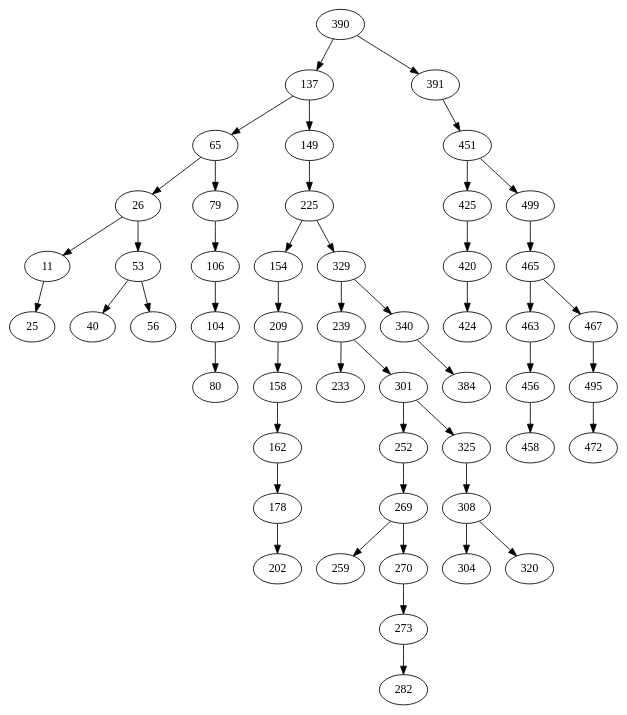
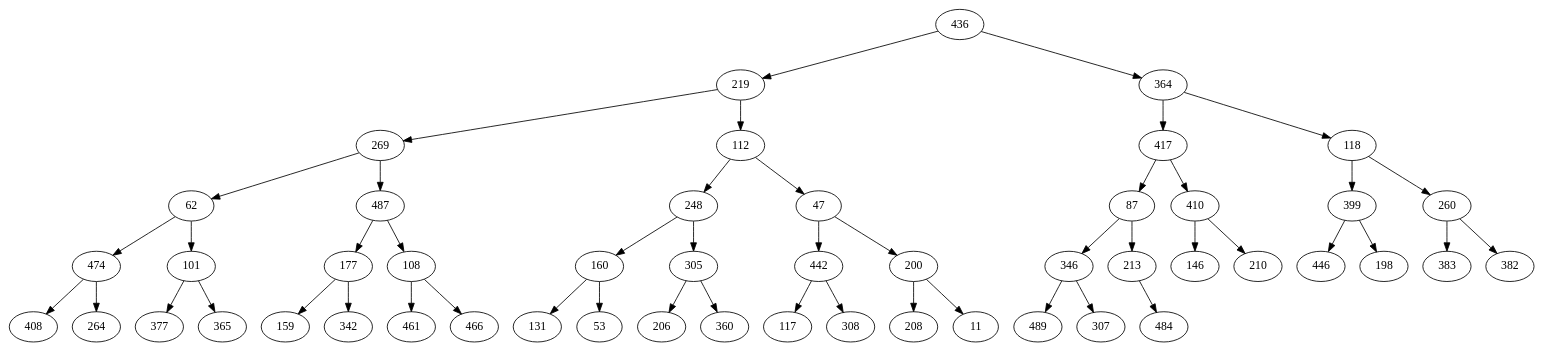
Before and after one commit to noahlzn/dm_perfc: the diagram in arbre.dot, drawn with Graphviz. The commit also changed 2 other files, not shown here.

```diff
--- a/arbre.dot
+++ b/arbre.dot
@@ -1,101 +1,101 @@
 digraph {
-  "0x568ea4721510" [label="390"];
-  "0x568ea4721530" [label="137"];
-  "0x568ea4721510" -> "0x568ea4721530";
-  "0x568ea4721550" [label="65"];
-  "0x568ea4721530" -> "0x568ea4721550";
-  "0x568ea4721570" [label="26"];
-  "0x568ea4721550" -> "0x568ea4721570";
-  "0x568ea4721590" [label="11"];
-  "0x568ea4721570" -> "0x568ea4721590";
-  "0x568ea47215b0" [label="25"];
-  "0x568ea4721590" -> "0x568ea47215b0";
-  "0x568ea47215d0" [label="53"];
-  "0x568ea4721570" -> "0x568ea47215d0";
-  "0x568ea47215f0" [label="40"];
-  "0x568ea47215d0" -> "0x568ea47215f0";
-  "0x568ea4721610" [label="56"];
-  "0x568ea47215d0" -> "0x568ea4721610";
-  "0x568ea4721630" [label="79"];
-  "0x568ea4721550" -> "0x568ea4721630";
-  "0x568ea4721650" [label="106"];
-  "0x568ea4721630" -> "0x568ea4721650";
-  "0x568ea4721670" [label="104"];
-  "0x568ea4721650" -> "0x568ea4721670";
-  "0x568ea4721690" [label="80"];
-  "0x568ea4721670" -> "0x568ea4721690";
-  "0x568ea47216b0" [label="149"];
-  "0x568ea4721530" -> "0x568ea47216b0";
-  "0x568ea47216d0" [label="225"];
-  "0x568ea47216b0" -> "0x568ea47216d0";
-  "0x568ea47216f0" [label="154"];
-  "0x568ea47216d0" -> "0x568ea47216f0";
-  "0x568ea4721710" [label="209"];
-  "0x568ea47216f0" -> "0x568ea4721710";
-  "0x568ea4721730" [label="158"];
-  "0x568ea4721710" -> "0x568ea4721730";
-  "0x568ea4721750" [label="162"];
-  "0x568ea4721730" -> "0x568ea4721750";
-  "0x568ea4721770" [label="178"];
-  "0x568ea4721750" -> "0x568ea4721770";
-  "0x568ea4721790" [label="202"];
-  "0x568ea4721770" -> "0x568ea4721790";
-  "0x568ea47217b0" [label="329"];
-  "0x568ea47216d0" -> "0x568ea47217b0";
-  "0x568ea47217d0" [label="239"];
-  "0x568ea47217b0" -> "0x568ea47217d0";
-  "0x568ea47217f0" [label="233"];
-  "0x568ea47217d0" -> "0x568ea47217f0";
-  "0x568ea4721810" [label="301"];
-  "0x568ea47217d0" -> "0x568ea4721810";
-  "0x568ea4721830" [label="252"];
-  "0x568ea4721810" -> "0x568ea4721830";
-  "0x568ea4721850" [label="269"];
-  "0x568ea4721830" -> "0x568ea4721850";
-  "0x568ea4721870" [label="259"];
-  "0x568ea4721850" -> "0x568ea4721870";
-  "0x568ea4721890" [label="270"];
-  "0x568ea4721850" -> "0x568ea4721890";
-  "0x568ea47218b0" [label="273"];
-  "0x568ea4721890" -> "0x568ea47218b0";
-  "0x568ea47218d0" [label="282"];
-  "0x568ea47218b0" -> "0x568ea47218d0";
-  "0x568ea47218f0" [label="325"];
-  "0x568ea4721810" -> "0x568ea47218f0";
-  "0x568ea4721910" [label="308"];
-  "0x568ea47218f0" -> "0x568ea4721910";
-  "0x568ea4721930" [label="304"];
-  "0x568ea4721910" -> "0x568ea4721930";
-  "0x568ea4721950" [label="320"];
-  "0x568ea4721910" -> "0x568ea4721950";
-  "0x568ea4721970" [label="340"];
-  "0x568ea47217b0" -> "0x568ea4721970";
-  "0x568ea4721990" [label="384"];
-  "0x568ea4721970" -> "0x568ea4721990";
-  "0x568ea47219b0" [label="391"];
-  "0x568ea4721510" -> "0x568ea47219b0";
-  "0x568ea47219d0" [label="451"];
-  "0x568ea47219b0" -> "0x568ea47219d0";
-  "0x568ea47219f0" [label="425"];
-  "0x568ea47219d0" -> "0x568ea47219f0";
-  "0x568ea4721a10" [label="420"];
-  "0x568ea47219f0" -> "0x568ea4721a10";
-  "0x568ea4721a30" [label="424"];
-  "0x568ea4721a10" -> "0x568ea4721a30";
-  "0x568ea4721a50" [label="499"];
-  "0x568ea47219d0" -> "0x568ea4721a50";
-  "0x568ea4721a70" [label="465"];
-  "0x568ea4721a50" -> "0x568ea4721a70";
-  "0x568ea4721a90" [label="463"];
-  "0x568ea4721a70" -> "0x568ea4721a90";
-  "0x568ea4721ab0" [label="456"];
-  "0x568ea4721a90" -> "0x568ea4721ab0";
-  "0x568ea4721ad0" [label="458"];
-  "0x568ea4721ab0" -> "0x568ea4721ad0";
-  "0x568ea4721af0" [label="467"];
-  "0x568ea4721a70" -> "0x568ea4721af0";
-  "0x568ea4721b10" [label="495"];
-  "0x568ea4721af0" -> "0x568ea4721b10";
-  "0x568ea4721b30" [label="472"];
-  "0x568ea4721b10" -> "0x568ea4721b30";
+  "0x56c8b47fa5e0" [label="436"];
+  "0x56c8b47fa600" [label="219"];
+  "0x56c8b47fa5e0" -> "0x56c8b47fa600";
+  "0x56c8b47fa620" [label="269"];
+  "0x56c8b47fa600" -> "0x56c8b47fa620";
+  "0x56c8b47fa640" [label="62"];
+  "0x56c8b47fa620" -> "0x56c8b47fa640";
+  "0x56c8b47fa660" [label="474"];
+  "0x56c8b47fa640" -> "0x56c8b47fa660";
+  "0x56c8b47fa680" [label="408"];
+  "0x56c8b47fa660" -> "0x56c8b47fa680";
+  "0x56c8b47fa6a0" [label="264"];
+  "0x56c8b47fa660" -> "0x56c8b47fa6a0";
+  "0x56c8b47fa6c0" [label="101"];
+  "0x56c8b47fa640" -> "0x56c8b47fa6c0";
+  "0x56c8b47fa6e0" [label="377"];
+  "0x56c8b47fa6c0" -> "0x56c8b47fa6e0";
+  "0x56c8b47fa700" [label="365"];
+  "0x56c8b47fa6c0" -> "0x56c8b47fa700";
+  "0x56c8b47fa720" [label="487"];
+  "0x56c8b47fa620" -> "0x56c8b47fa720";
+  "0x56c8b47fa740" [label="177"];
+  "0x56c8b47fa720" -> "0x56c8b47fa740";
+  "0x56c8b47fa760" [label="159"];
+  "0x56c8b47fa740" -> "0x56c8b47fa760";
+  "0x56c8b47fa780" [label="342"];
+  "0x56c8b47fa740" -> "0x56c8b47fa780";
+  "0x56c8b47fa7a0" [label="108"];
+  "0x56c8b47fa720" -> "0x56c8b47fa7a0";
+  "0x56c8b47fa7c0" [label="461"];
+  "0x56c8b47fa7a0" -> "0x56c8b47fa7c0";
+  "0x56c8b47fa7e0" [label="466"];
+  "0x56c8b47fa7a0" -> "0x56c8b47fa7e0";
+  "0x56c8b47fa800" [label="112"];
+  "0x56c8b47fa600" -> "0x56c8b47fa800";
+  "0x56c8b47fa820" [label="248"];
+  "0x56c8b47fa800" -> "0x56c8b47fa820";
+  "0x56c8b47fa840" [label="160"];
+  "0x56c8b47fa820" -> "0x56c8b47fa840";
+  "0x56c8b47fa860" [label="131"];
+  "0x56c8b47fa840" -> "0x56c8b47fa860";
+  "0x56c8b47fa880" [label="53"];
+  "0x56c8b47fa840" -> "0x56c8b47fa880";
+  "0x56c8b47fa8a0" [label="305"];
+  "0x56c8b47fa820" -> "0x56c8b47fa8a0";
+  "0x56c8b47fa8c0" [label="206"];
+  "0x56c8b47fa8a0" -> "0x56c8b47fa8c0";
+  "0x56c8b47fa8e0" [label="360"];
+  "0x56c8b47fa8a0" -> "0x56c8b47fa8e0";
+  "0x56c8b47fa900" [label="47"];
+  "0x56c8b47fa800" -> "0x56c8b47fa900";
+  "0x56c8b47fa920" [label="442"];
+  "0x56c8b47fa900" -> "0x56c8b47fa920";
+  "0x56c8b47fa940" [label="117"];
+  "0x56c8b47fa920" -> "0x56c8b47fa940";
+  "0x56c8b47fa960" [label="308"];
+  "0x56c8b47fa920" -> "0x56c8b47fa960";
+  "0x56c8b47fa980" [label="200"];
+  "0x56c8b47fa900" -> "0x56c8b47fa980";
+  "0x56c8b47fa9a0" [label="208"];
+  "0x56c8b47fa980" -> "0x56c8b47fa9a0";
+  "0x56c8b47fa9c0" [label="11"];
+  "0x56c8b47fa980" -> "0x56c8b47fa9c0";
+  "0x56c8b47fa9e0" [label="364"];
+  "0x56c8b47fa5e0" -> "0x56c8b47fa9e0";
+  "0x56c8b47faa00" [label="417"];
+  "0x56c8b47fa9e0" -> "0x56c8b47faa00";
+  "0x56c8b47faa20" [label="87"];
+  "0x56c8b47faa00" -> "0x56c8b47faa20";
+  "0x56c8b47faa40" [label="346"];
+  "0x56c8b47faa20" -> "0x56c8b47faa40";
+  "0x56c8b47faa60" [label="489"];
+  "0x56c8b47faa40" -> "0x56c8b47faa60";
+  "0x56c8b47faa80" [label="307"];
+  "0x56c8b47faa40" -> "0x56c8b47faa80";
+  "0x56c8b47faaa0" [label="213"];
+  "0x56c8b47faa20" -> "0x56c8b47faaa0";
+  "0x56c8b47faac0" [label="484"];
+  "0x56c8b47faaa0" -> "0x56c8b47faac0";
+  "0x56c8b47faae0" [label="410"];
+  "0x56c8b47faa00" -> "0x56c8b47faae0";
+  "0x56c8b47fab00" [label="146"];
+  "0x56c8b47faae0" -> "0x56c8b47fab00";
+  "0x56c8b47fab20" [label="210"];
+  "0x56c8b47faae0" -> "0x56c8b47fab20";
+  "0x56c8b47fab40" [label="118"];
+  "0x56c8b47fa9e0" -> "0x56c8b47fab40";
+  "0x56c8b47fab60" [label="399"];
+  "0x56c8b47fab40" -> "0x56c8b47fab60";
+  "0x56c8b47fab80" [label="446"];
+  "0x56c8b47fab60" -> "0x56c8b47fab80";
+  "0x56c8b47faba0" [label="198"];
+  "0x56c8b47fab60" -> "0x56c8b47faba0";
+  "0x56c8b47fabc0" [label="260"];
+  "0x56c8b47fab40" -> "0x56c8b47fabc0";
+  "0x56c8b47fabe0" [label="383"];
+  "0x56c8b47fabc0" -> "0x56c8b47fabe0";
+  "0x56c8b47fac00" [label="382"];
+  "0x56c8b47fabc0" -> "0x56c8b47fac00";
 }
```
